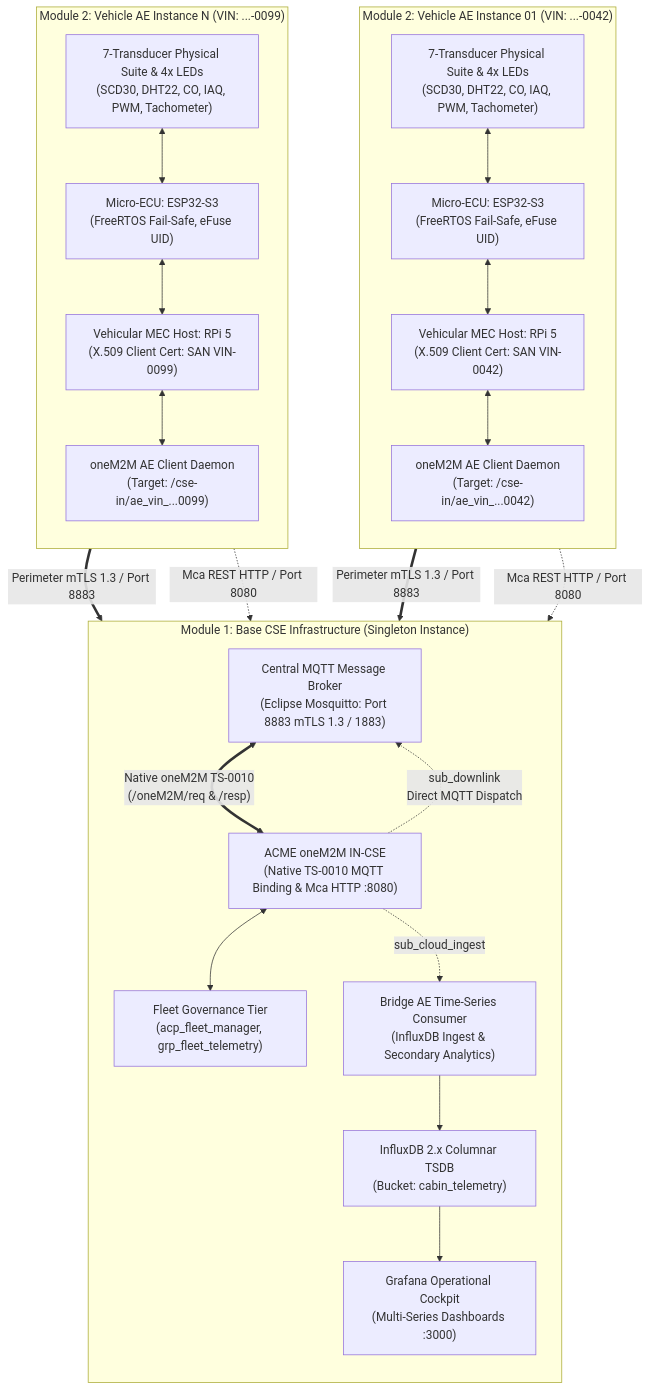
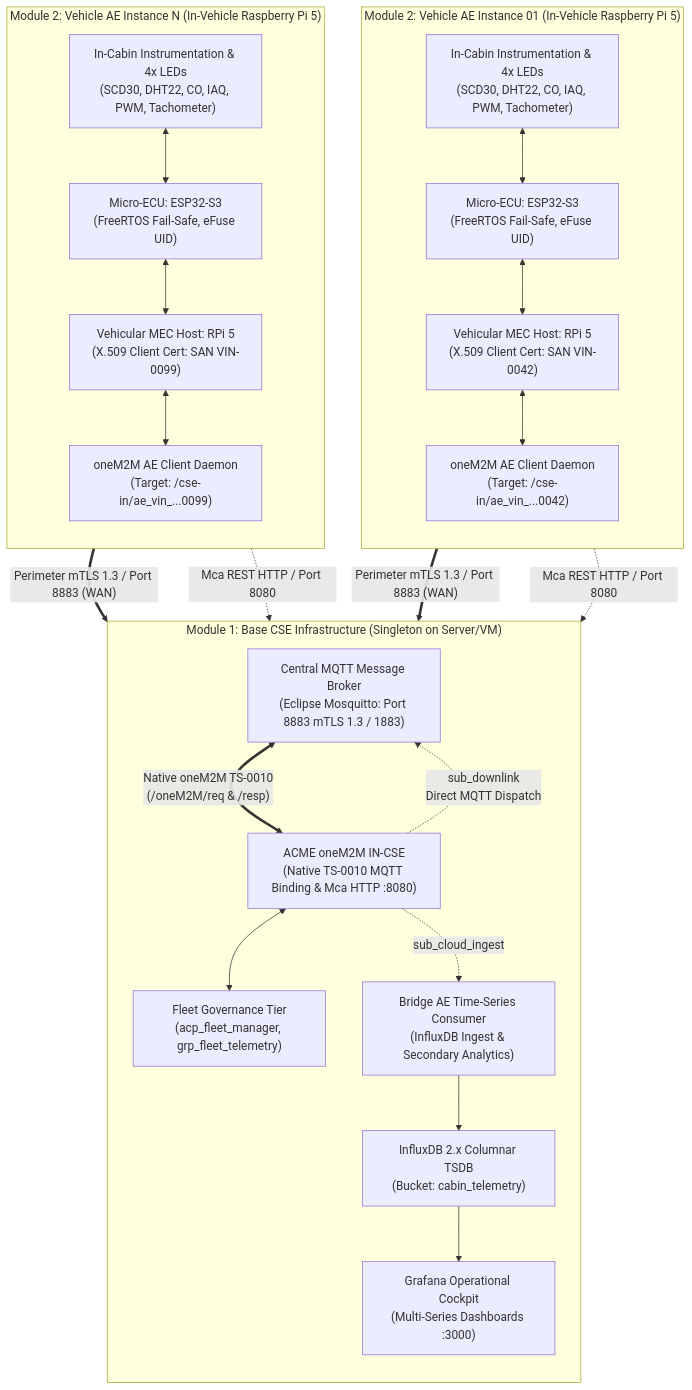
One commit to imosudi/HVAC-iot-monitoring changed the diagram in docs/architecture/modular_system_design_specification.md. Above: the diagram before and after it, drawn with Mermaid. The commit also changed other lines of this file and 1 other file, not shown here.

Commit message:
docs(architecture): specify physical host topology for server base CSE and in-vehicle raspberry pi 5 AEs

````diff
--- a/docs/architecture/modular_system_design_specification.md
+++ b/docs/architecture/modular_system_design_specification.md
@@ -22,43 +30,43 @@
 ```mermaid
 flowchart TB
-    subgraph Base_CSE_Module ["Module 1: Base CSE Infrastructure (Singleton Instance)"]
+    subgraph Base_CSE_Module ["Module 1: Base CSE Infrastructure (Singleton on Server/VM)"]
         direction TB
         MOSQ["Central MQTT Message Broker<br/>(Eclipse Mosquitto: Port 8883 mTLS 1.3 / 1883)"]
         CSE["ACME oneM2M IN-CSE<br/>(Native TS-0010 MQTT Binding & Mca HTTP :8080)"]
         GOV["Fleet Governance Tier<br/>(acp_fleet_manager, grp_fleet_telemetry)"]
         INGEST["Bridge AE Time-Series Consumer<br/>(InfluxDB Ingest & Secondary Analytics)"]
         TSDB["InfluxDB 2.x Columnar TSDB<br/>(Bucket: cabin_telemetry)"]
         DASH["Grafana Operational Cockpit<br/>(Multi-Series Dashboards :3000)"]
         
         MOSQ <== "Native oneM2M TS-0010<br/>(/oneM2M/req & /resp)" ==> CSE
         CSE <--> GOV
         CSE -.->|sub_cloud_ingest| INGEST
         INGEST --> TSDB --> DASH
         CSE -.->|sub_downlink<br/>Direct MQTT Dispatch| MOSQ
     end
 
-    subgraph Vehicle_AE_Module_1 ["Module 2: Vehicle AE Instance 01 (VIN: ...-0042)"]
+    subgraph Vehicle_AE_Module_1 ["Module 2: Vehicle AE Instance 01 (In-Vehicle Raspberry Pi 5)"]
         direction TB
-        SENS_1["7-Transducer Physical Suite & 4x LEDs<br/>(SCD30, DHT22, CO, IAQ, PWM, Tachometer)"]
+        SENS_1["In-Cabin Instrumentation & 4x LEDs<br/>(SCD30, DHT22, CO, IAQ, PWM, Tachometer)"]
         ESP_1["Micro-ECU: ESP32-S3<br/>(FreeRTOS Fail-Safe, eFuse UID)"]
         PI_1["Vehicular MEC Host: RPi 5<br/>(X.509 Client Cert: SAN VIN-0042)"]
         AE_1["oneM2M AE Client Daemon<br/>(Target: /cse-in/ae_vin_...0042)"]
         
         SENS_1 <--> ESP_1 <--> PI_1 <--> AE_1
     end
 
-    subgraph Vehicle_AE_Module_N ["Module 2: Vehicle AE Instance N (VIN: ...-0099)"]
+    subgraph Vehicle_AE_Module_N ["Module 2: Vehicle AE Instance N (In-Vehicle Raspberry Pi 5)"]
         direction TB
-        SENS_N["7-Transducer Physical Suite & 4x LEDs<br/>(SCD30, DHT22, CO, IAQ, PWM, Tachometer)"]
+        SENS_N["In-Cabin Instrumentation & 4x LEDs<br/>(SCD30, DHT22, CO, IAQ, PWM, Tachometer)"]
         ESP_N["Micro-ECU: ESP32-S3<br/>(FreeRTOS Fail-Safe, eFuse UID)"]
         PI_N["Vehicular MEC Host: RPi 5<br/>(X.509 Client Cert: SAN VIN-0099)"]
         AE_N["oneM2M AE Client Daemon<br/>(Target: /cse-in/ae_vin_...0099)"]
         
         SENS_N <--> ESP_N <--> PI_N <--> AE_N
     end
 
-    AE_1 == "Perimeter mTLS 1.3 / Port 8883" ==> MOSQ
+    AE_1 == "Perimeter mTLS 1.3 / Port 8883 (WAN)" ==> MOSQ
     AE_1 -.->|Mca REST HTTP / Port 8080| CSE
-    AE_N == "Perimeter mTLS 1.3 / Port 8883" ==> MOSQ
+    AE_N == "Perimeter mTLS 1.3 / Port 8883 (WAN)" ==> MOSQ
     AE_N -.->|Mca REST HTTP / Port 8080| CSE
 ```
````
